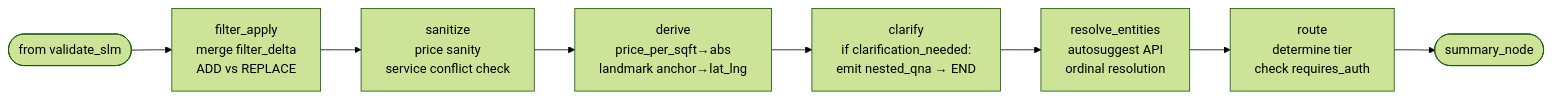
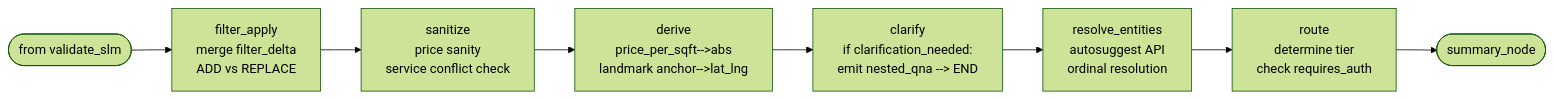
One commit to sachin-hg/chat-bot changed the first of 3 diagrams in docs/pipeline/processing-nodes.md. Above: the diagram before and after it, drawn with Mermaid (forest theme). The commit also changed other lines of this file and 15 other files, not shown here.

````diff
--- a/docs/pipeline/processing-nodes.md
+++ b/docs/pipeline/processing-nodes.md
@@ -9,10 +9,10 @@
 ```mermaid
 graph LR
     VS([from validate_slm]) --> FA[filter_apply\nmerge filter_delta\nADD vs REPLACE]
     FA --> SA[sanitize\nprice sanity\nservice conflict check]
-    SA --> DE[derive\nprice_per_sqft→abs\nlandmark anchor→lat_lng]
-    DE --> CL[clarify\nif clarification_needed:\nemit nested_qna → END]
+    SA --> DE[derive\nprice_per_sqft-->abs\nlandmark anchor-->lat_lng]
+    DE --> CL[clarify\nif clarification_needed:\nemit nested_qna --> END]
     CL --> RE[resolve_entities\nautosuggest API\nordinal resolution]
     RE --> RT[route\ndetermine tier\ncheck requires_auth]
     RT --> SU([summary_node])
 ```
````
